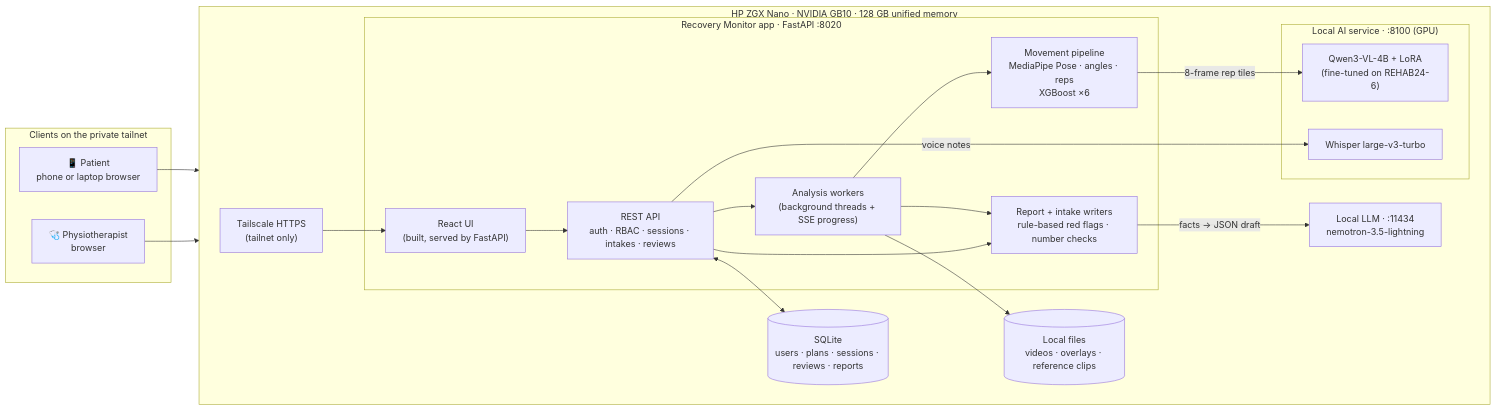
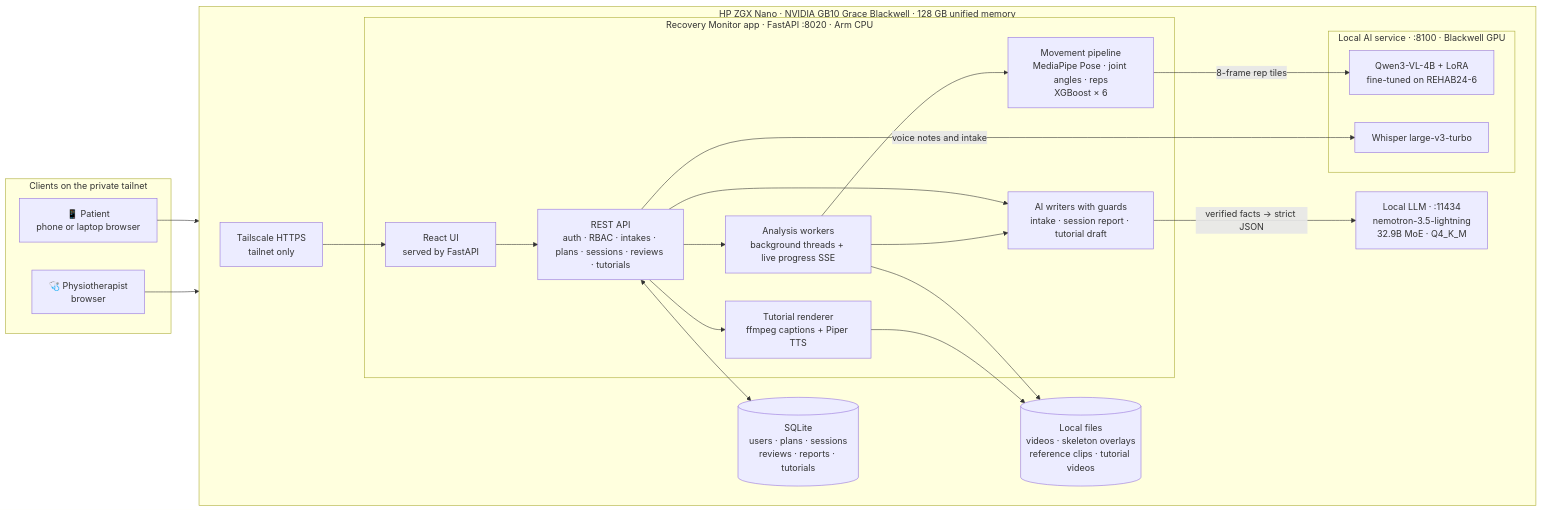
One commit to aryaMehta26/recovery-monitor changed the second of 6 diagrams in README.md. Above: the diagram before and after it, drawn with Mermaid. The commit also changed other lines of this file and 1 other file, not shown here.

Commit message:
README: model sizes and parameters, fine-tuning details, Piper and tutorials, edge AI on the Nano, privacy, updated architecture; setup installs Piper voice

````diff
--- a/README.md
+++ b/README.md
@@ -115,39 +127,42 @@
 ```mermaid
 flowchart LR
     subgraph Clients["Clients on the private tailnet"]
         P["📱 Patient<br/>phone or laptop browser"]
         T["🩺 Physiotherapist<br/>browser"]
     end
 
-    subgraph Nano["HP ZGX Nano · NVIDIA GB10 · 128 GB unified memory"]
+    subgraph Nano["HP ZGX Nano · NVIDIA GB10 Grace Blackwell · 128 GB unified memory"]
         direction LR
-        TS["Tailscale HTTPS<br/>(tailnet only)"]
+        TS["Tailscale HTTPS<br/>tailnet only"]
 
-        subgraph App["Recovery Monitor app · FastAPI :8020"]
-            UI["React UI<br/>(built, served by FastAPI)"]
-            API["REST API<br/>auth · RBAC · sessions · intakes · reviews"]
-            JOBS["Analysis workers<br/>(background threads + SSE progress)"]
-            PIPE["Movement pipeline<br/>MediaPipe Pose · angles · reps<br/>XGBoost ×6"]
-            RPT["Report + intake writers<br/>rule-based red flags · number checks"]
+        subgraph App["Recovery Monitor app · FastAPI :8020 · Arm CPU"]
+            UI["React UI<br/>served by FastAPI"]
+            API["REST API<br/>auth · RBAC · intakes · plans · sessions · reviews · tutorials"]
+            JOBS["Analysis workers<br/>background threads + live progress SSE"]
+            PIPE["Movement pipeline<br/>MediaPipe Pose · joint angles · reps<br/>XGBoost × 6"]
+            WRITERS["AI writers with guards<br/>intake · session report · tutorial draft"]
+            MEDIA["Tutorial renderer<br/>ffmpeg captions + Piper TTS"]
         end
 
-        subgraph GPU["Local AI service · :8100 (GPU)"]
-            VLM["Qwen3-VL-4B + LoRA<br/>(fine-tuned on REHAB24-6)"]
+        subgraph GPU["Local AI service · :8100 · Blackwell GPU"]
+            VLM["Qwen3-VL-4B + LoRA<br/>fine-tuned on REHAB24-6"]
             ASR["Whisper large-v3-turbo"]
         end
 
-        LLM["Local LLM · :11434<br/>nemotron-3.5-lightning"]
-        DB[("SQLite<br/>users · plans · sessions · reviews · reports")]
-        FS[("Local files<br/>videos · overlays · reference clips")]
+        LLM["Local LLM · :11434<br/>nemotron-3.5-lightning<br/>32.9B MoE · Q4_K_M"]
+        DB[("SQLite<br/>users · plans · sessions<br/>reviews · reports · tutorials")]
+        FS[("Local files<br/>videos · skeleton overlays<br/>reference clips · tutorial videos")]
     end
 
     P & T --> TS --> UI --> API
     API --> JOBS --> PIPE
     PIPE -- "8-frame rep tiles" --> VLM
-    API -- "voice notes" --> ASR
-    JOBS --> RPT
-    API --> RPT
-    RPT -- "facts → JSON draft" --> LLM
+    API -- "voice notes and intake" --> ASR
+    JOBS --> WRITERS
+    API --> WRITERS
+    WRITERS -- "verified facts → strict JSON" --> LLM
+    API --> MEDIA
+    MEDIA --> FS
     API <--> DB
     JOBS --> FS
 ```
````
